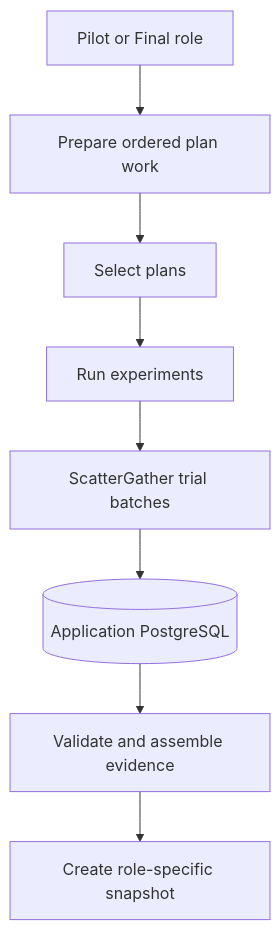
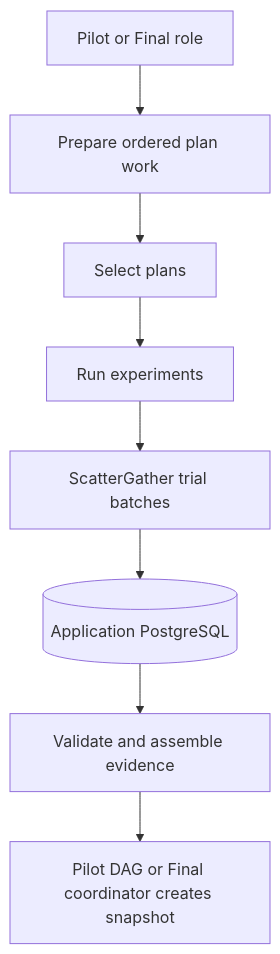
The third of 3 diagrams in docs/design/evaluation-study-pipeline.md (michalo1334/master_thesis), drawn with Mermaid before and after one commit. The commit also changed other lines of this file and 8 other files, not shown here.

````diff
--- a/docs/design/evaluation-study-pipeline.md
+++ b/docs/design/evaluation-study-pipeline.md
@@ -135,10 +142,10 @@
 ```mermaid
 flowchart TD
     ROLE["Pilot or Final role"] --> PREP["Prepare ordered plan work"]
     PREP --> PLANS["Select plans"]
     PLANS --> SIM["Run experiments"]
     SIM --> SG["ScatterGather trial batches"]
     SG --> DB[("Application PostgreSQL")]
     DB --> FAN["Validate and assemble evidence"]
-    FAN --> SNAP["Create role-specific snapshot"]
+    FAN --> SNAP["Pilot DAG or Final coordinator creates snapshot"]
 ```
````
